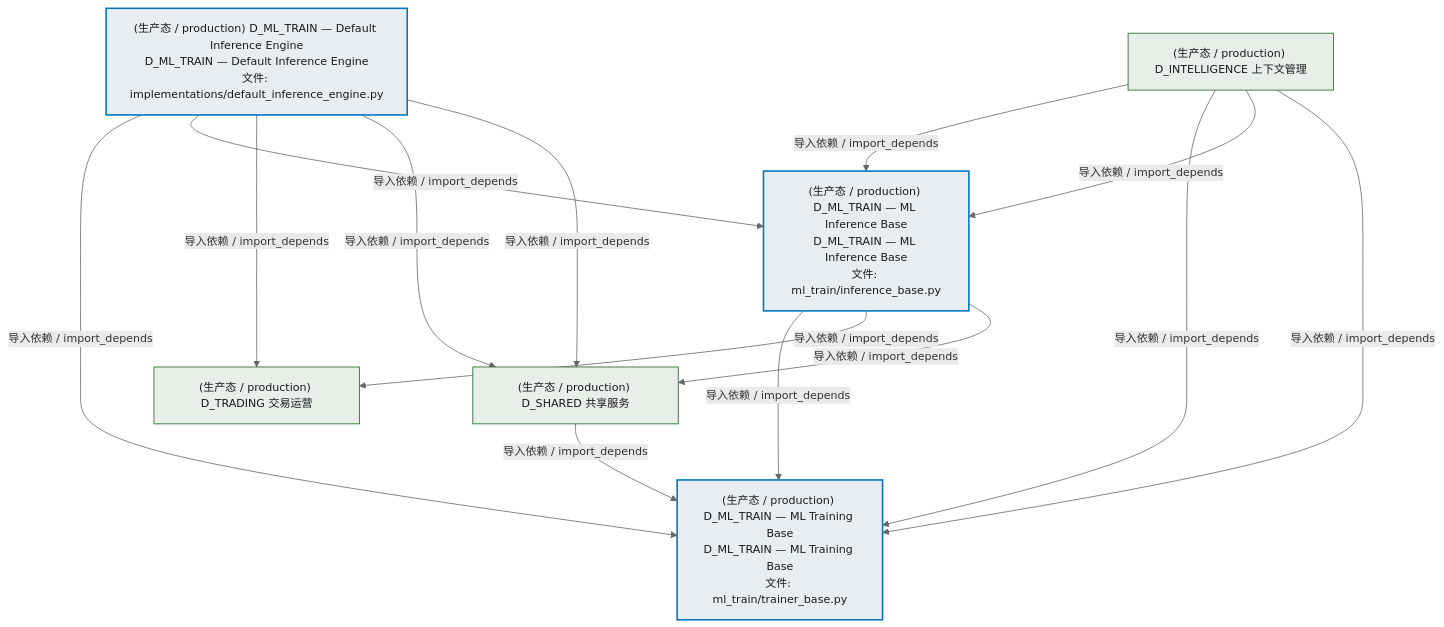
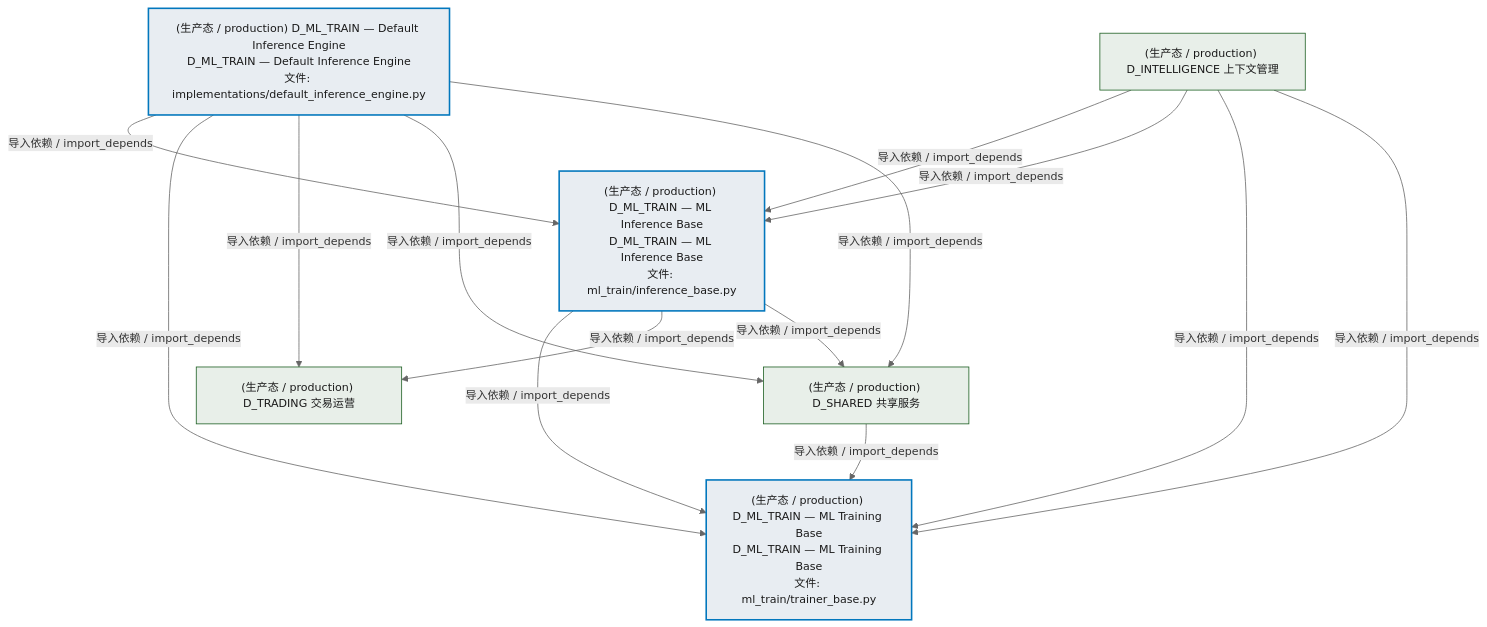
One commit to xuanFelixVan/ZephyrAlpha changed the second of 4 diagrams in docs/02_enterprise_architecture/02_domain_architecture_docs/61_d_ml_train.md. Above: the diagram before and after it, drawn with Mermaid. The commit also changed other lines of this file and 42 other files, not shown here.

````diff
--- a/docs/02_enterprise_architecture/02_domain_architecture_docs/61_d_ml_train.md
+++ b/docs/02_enterprise_architecture/02_domain_architecture_docs/61_d_ml_train.md
@@ -103,29 +103,29 @@
 ```mermaid
 %%{init: {'theme': 'base', 'themeVariables': {'primaryColor': '#eaeaea', 'primaryTextColor': '#333333', 'primaryBorderColor': '#666666', 'lineColor': '#666666', 'secondaryColor': '#eaeaea', 'tertiaryColor': '#eaeaea', 'fontSize': '14px'}}}%%
 flowchart TD
     src_zephyr_ml_train_implementations_default_inference_engine_py["(生产态 / production) D_ML_TRAIN — Default Inference Engine<br/>D_ML_TRAIN — Default Inference Engine<br/>文件: implementations/default_inference_engine.py"]
     src_zephyr_ml_train_inference_base_py["(生产态 / production) D_ML_TRAIN — ML Inference Base<br/>D_ML_TRAIN — ML Inference Base<br/>文件: ml_train/inference_base.py"]
     src_zephyr_ml_train_trainer_base_py["(生产态 / production) D_ML_TRAIN — ML Training Base<br/>D_ML_TRAIN — ML Training Base<br/>文件: ml_train/trainer_base.py"]
     src_zephyr_ml_train_inference_base_py -->|导入依赖 / import_depends| src_zephyr_ml_train_trainer_base_py
+    src_zephyr_ml_train_implementations_default_inference_engine_py -->|导入依赖 / import_depends| src_zephyr_ml_train_inference_base_py
     src_zephyr_ml_train_implementations_default_inference_engine_py -->|导入依赖 / import_depends| src_zephyr_ml_train_trainer_base_py
-    src_zephyr_ml_train_implementations_default_inference_engine_py -->|导入依赖 / import_depends| src_zephyr_ml_train_inference_base_py
     D_TRADING["(生产态 / production) D_TRADING 交易运营"]
     src_zephyr_ml_train_inference_base_py -->|导入依赖 / import_depends| D_TRADING
     D_SHARED["(生产态 / production) D_SHARED 共享服务"]
     src_zephyr_ml_train_inference_base_py -->|导入依赖 / import_depends| D_SHARED
     src_zephyr_ml_train_implementations_default_inference_engine_py -->|导入依赖 / import_depends| D_TRADING
     src_zephyr_ml_train_implementations_default_inference_engine_py -->|导入依赖 / import_depends| D_SHARED
     src_zephyr_ml_train_implementations_default_inference_engine_py -->|导入依赖 / import_depends| D_SHARED
     D_INTELLIGENCE["(生产态 / production) D_INTELLIGENCE 上下文管理"]
     D_INTELLIGENCE -->|导入依赖 / import_depends| src_zephyr_ml_train_inference_base_py
+    D_INTELLIGENCE -->|导入依赖 / import_depends| src_zephyr_ml_train_inference_base_py
     D_INTELLIGENCE -->|导入依赖 / import_depends| src_zephyr_ml_train_trainer_base_py
     D_SHARED -->|导入依赖 / import_depends| src_zephyr_ml_train_trainer_base_py
-    D_INTELLIGENCE -->|导入依赖 / import_depends| src_zephyr_ml_train_inference_base_py
     D_INTELLIGENCE -->|导入依赖 / import_depends| src_zephyr_ml_train_trainer_base_py
     classDef production fill:#e8edf2,stroke:#0277bd,stroke-width:2px,color:#1a1a1a
     classDef design fill:#f0ebe3,stroke:#bf360c,stroke-width:2px,color:#1a1a1a,stroke-dasharray: 5 5
     classDef external_prod fill:#e8efe9,stroke:#1b5e20,stroke-width:1px,color:#1a1a1a
     classDef external_design fill:#efe5ea,stroke:#880e4f,stroke-width:1px,color:#1a1a1a,stroke-dasharray: 5 5
     class src_zephyr_ml_train_implementations_default_inference_engine_py,src_zephyr_ml_train_inference_base_py,src_zephyr_ml_train_trainer_base_py production
     class D_TRADING,D_SHARED,D_INTELLIGENCE external_prod
 ```
````
